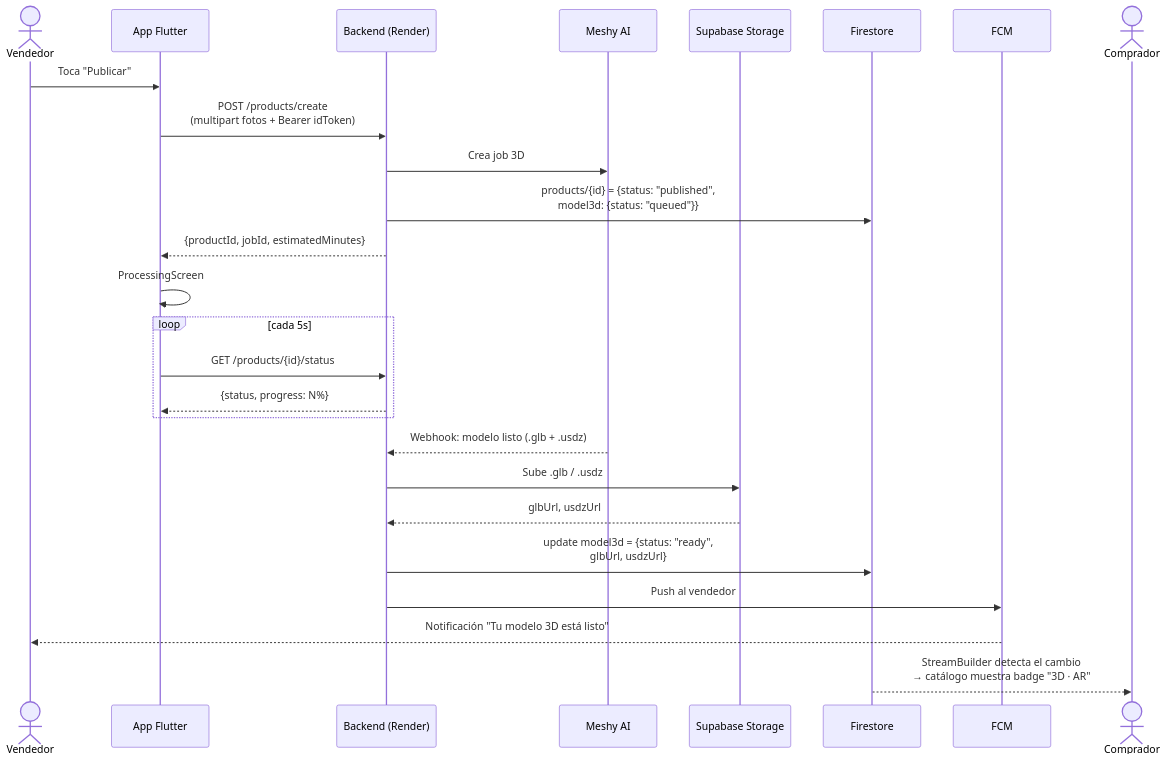
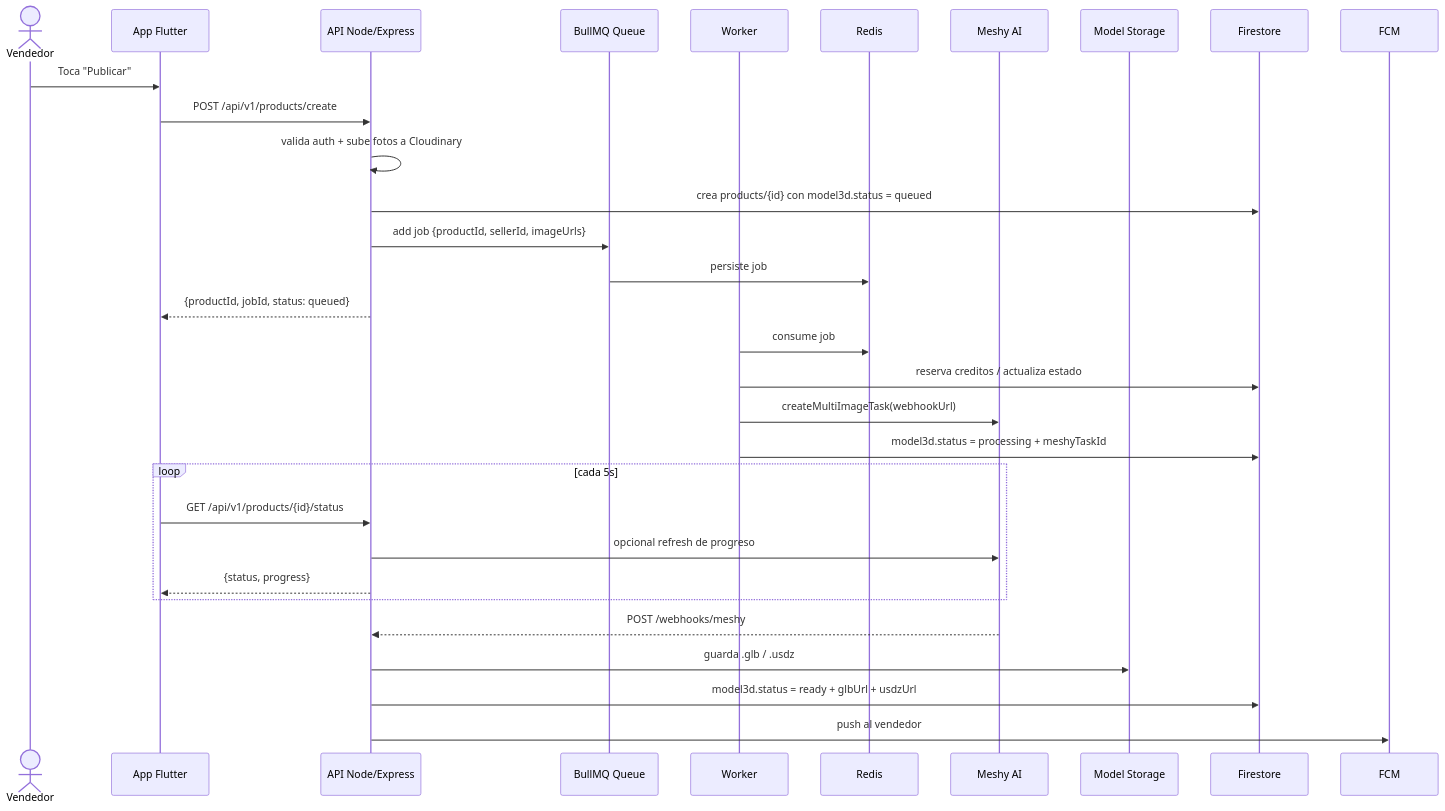
The second of 2 diagrams in docs/architecture.md (marzo245/marketplace_app), drawn with Mermaid before and after one commit. The commit also changed other lines of this file and 1 other file, not shown here.

Commit message:
docs: align architecture docs with backend implementation

````diff
--- a/docs/architecture.md
+++ b/docs/architecture.md
@@ -80,29 +84,37 @@
 ```mermaid
 sequenceDiagram
     actor V as Vendedor
     participant App as App Flutter
-    participant BE as Backend (Render)
+    participant API as API Node/Express
+    participant Q as BullMQ Queue
+    participant W as Worker
+    participant R as Redis
     participant M as Meshy AI
-    participant S as Supabase Storage
+    participant S as Model Storage
     participant FS as Firestore
     participant FCM as FCM
-    actor C as Comprador
 
     V->>App: Toca "Publicar"
-    App->>BE: POST /products/create<br/>(multipart fotos + Bearer idToken)
-    BE->>M: Crea job 3D
-    BE->>FS: products/{id} = {status: "published",<br/>model3d: {status: "queued"}}
-    BE-->>App: {productId, jobId, estimatedMinutes}
-    App->>App: ProcessingScreen
+    App->>API: POST /api/v1/products/create
+    API->>API: valida auth + sube fotos a Cloudinary
+    API->>FS: crea products/{id} con model3d.status = queued
+    API->>Q: add job {productId, sellerId, imageUrls}
+    Q->>R: persiste job
+    API-->>App: {productId, jobId, status: queued}
+
+    W->>R: consume job
+    W->>FS: reserva creditos / actualiza estado
+    W->>M: createMultiImageTask(webhookUrl)
+    W->>FS: model3d.status = processing + meshyTaskId
+
     loop cada 5s
-        App->>BE: GET /products/{id}/status
-        BE-->>App: {status, progress: N%}
+        App->>API: GET /api/v1/products/{id}/status
+        API->>M: opcional refresh de progreso
+        API-->>App: {status, progress}
     end
-    M-->>BE: Webhook: modelo listo (.glb + .usdz)
-    BE->>S: Sube .glb / .usdz
-    S-->>BE: glbUrl, usdzUrl
-    BE->>FS: update model3d = {status: "ready",<br/>glbUrl, usdzUrl}
-    BE->>FCM: Push al vendedor
-    FCM-->>V: Notificación "Tu modelo 3D está listo"
-    FS-->>C: StreamBuilder detecta el cambio<br/>→ catálogo muestra badge "3D · AR"
+
+    M-->>API: POST /webhooks/meshy
+    API->>S: guarda .glb / .usdz
+    API->>FS: model3d.status = ready + glbUrl + usdzUrl
+    API->>FCM: push al vendedor
 ```
````
